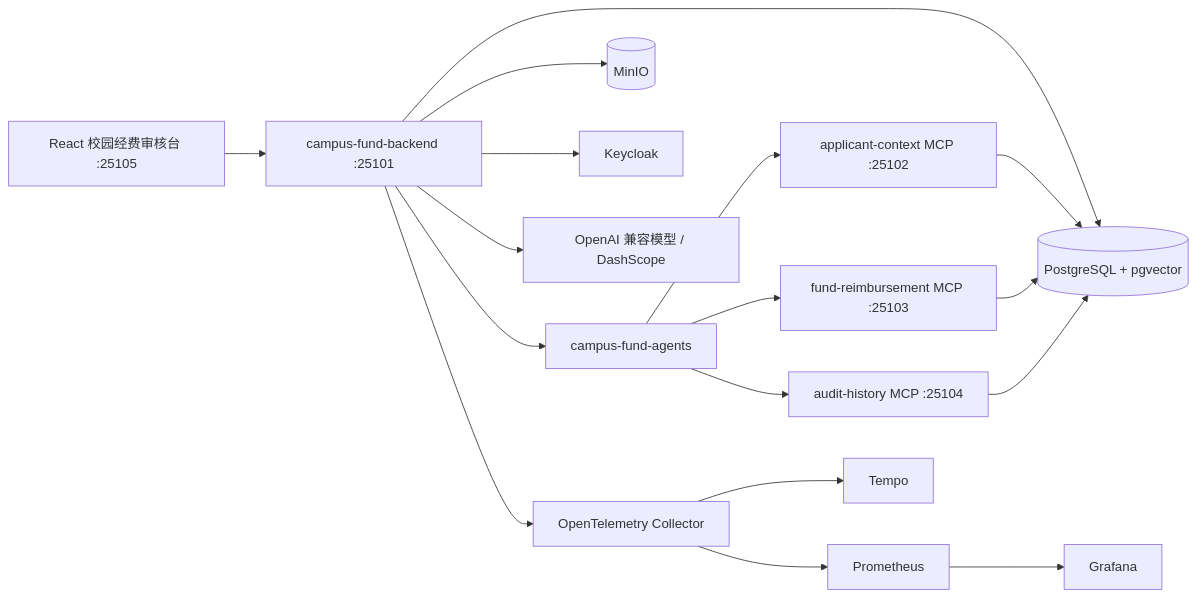
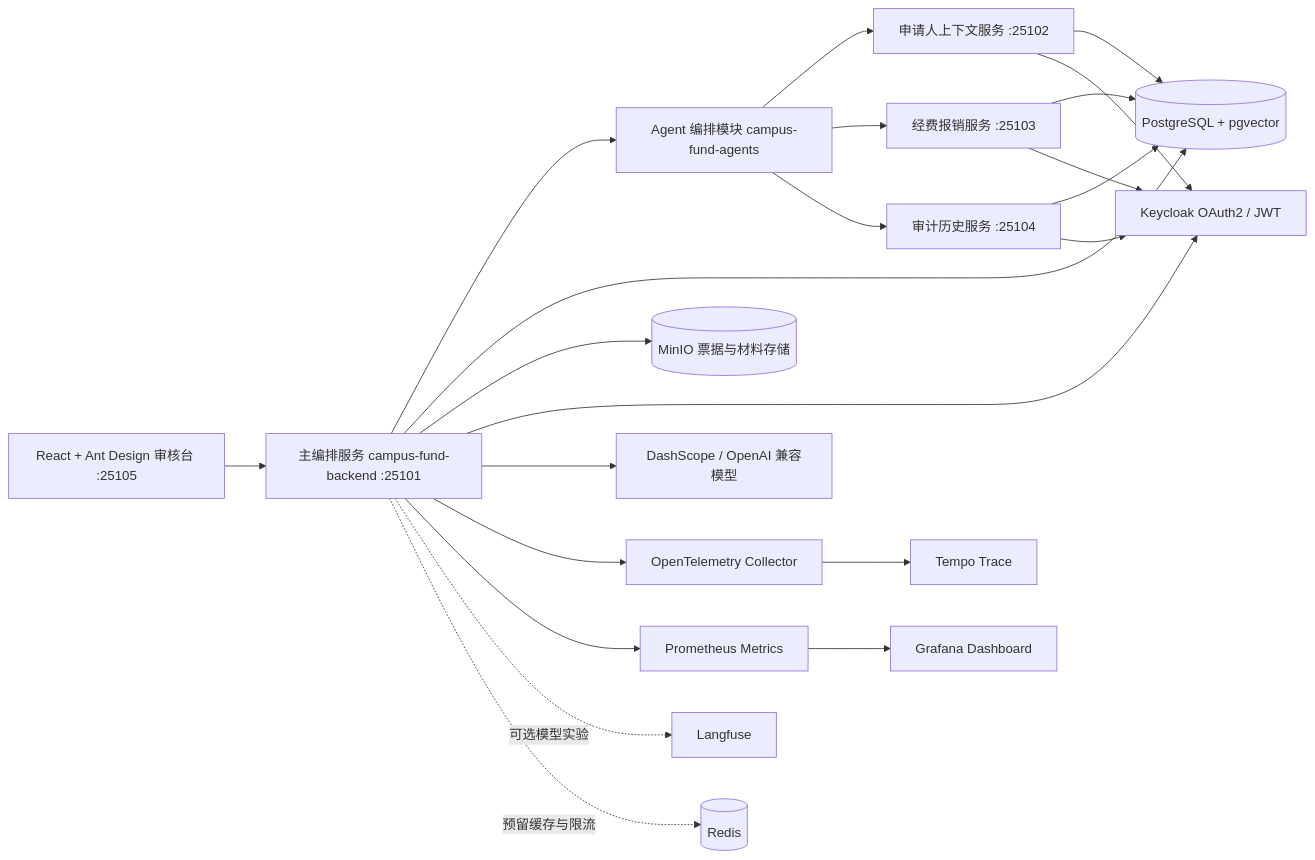
The diagram in README.md (yangaobo0235/my-expense-agent), drawn with Mermaid before and after one commit. The commit also changed other lines of this file and 55 other files, not shown here.

````diff
--- a/README.md
+++ b/README.md
@@ -49,23 +49,29 @@
 ```mermaid
 flowchart LR
-    Web["React 校园经费审核台 :25105"] --> Backend["campus-fund-backend :25101"]
+    Web["React + Ant Design 审核台 :25105"] --> Backend["主编排服务 campus-fund-backend :25101"]
+
+    Backend --> Agents["Agent 编排模块 campus-fund-agents"]
+    Agents --> Account["申请人上下文服务 :25102"]
+    Agents --> Fund["经费报销服务 :25103"]
+    Agents --> Audit["审计历史服务 :25104"]
 
     Backend --> DB[("PostgreSQL + pgvector")]
-    Backend --> MinIO[("MinIO")]
-    Backend --> Keycloak["Keycloak"]
-    Backend --> DashScope["OpenAI 兼容模型 / DashScope"]
-
-    Backend --> Agents["campus-fund-agents"]
-    Agents --> Account["applicant-context MCP :25102"]
-    Agents --> Fund["fund-reimbursement MCP :25103"]
-    Agents --> Audit["audit-history MCP :25104"]
-
     Account --> DB
     Fund --> DB
     Audit --> DB
 
+    Backend --> MinIO[("MinIO 票据与材料存储")]
+    Backend --> Keycloak["Keycloak OAuth2 / JWT"]
+    Account --> Keycloak
+    Fund --> Keycloak
+    Audit --> Keycloak
+
+    Backend --> DashScope["DashScope / OpenAI 兼容模型"]
     Backend --> OTEL["OpenTelemetry Collector"]
-    OTEL --> Tempo["Tempo"]
-    OTEL --> Prometheus["Prometheus"]
-    Prometheus --> Grafana["Grafana"]
+    OTEL --> Tempo["Tempo Trace"]
+    Backend --> Prometheus["Prometheus Metrics"]
+    Prometheus --> Grafana["Grafana Dashboard"]
+
+    Backend -. 可选模型实验 .-> Langfuse["Langfuse"]
+    Backend -. 预留缓存与限流 .-> Redis[("Redis")]
 ```
````
